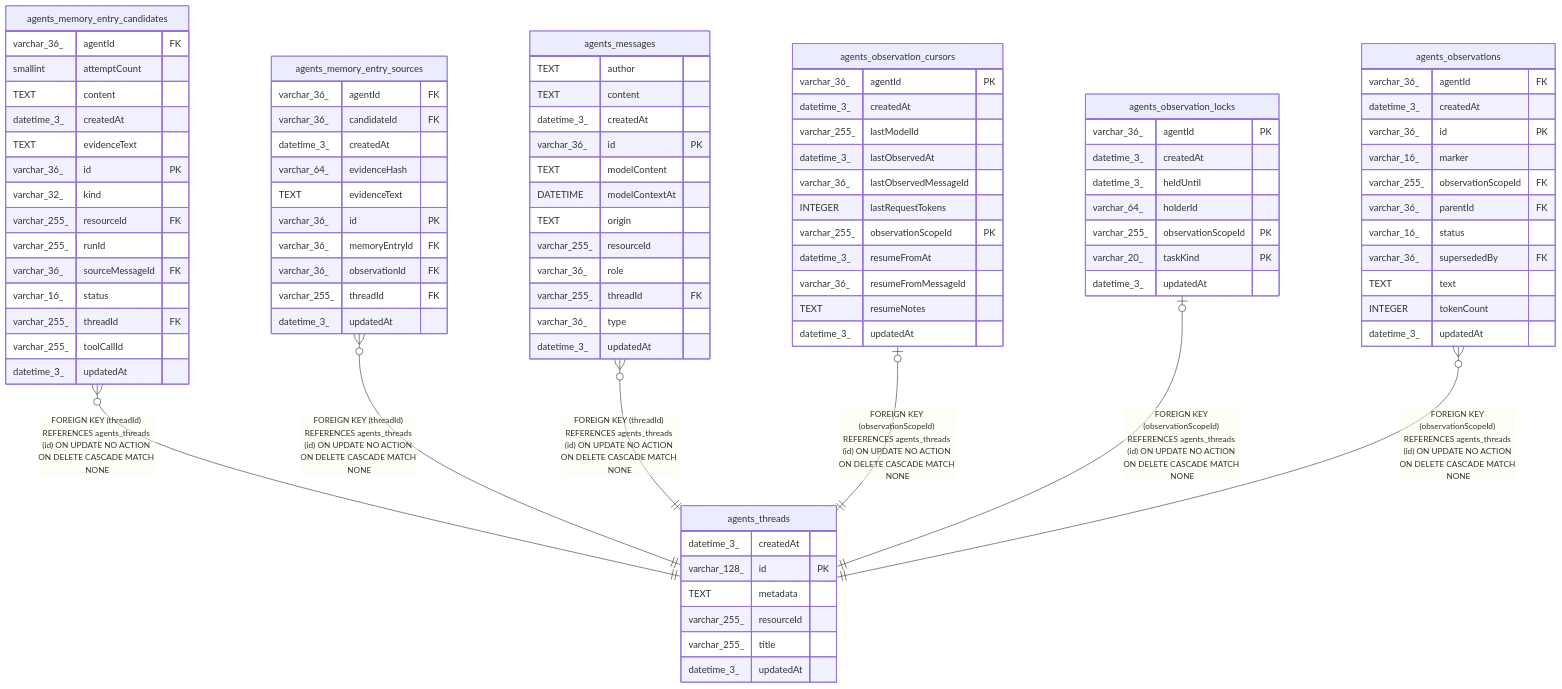
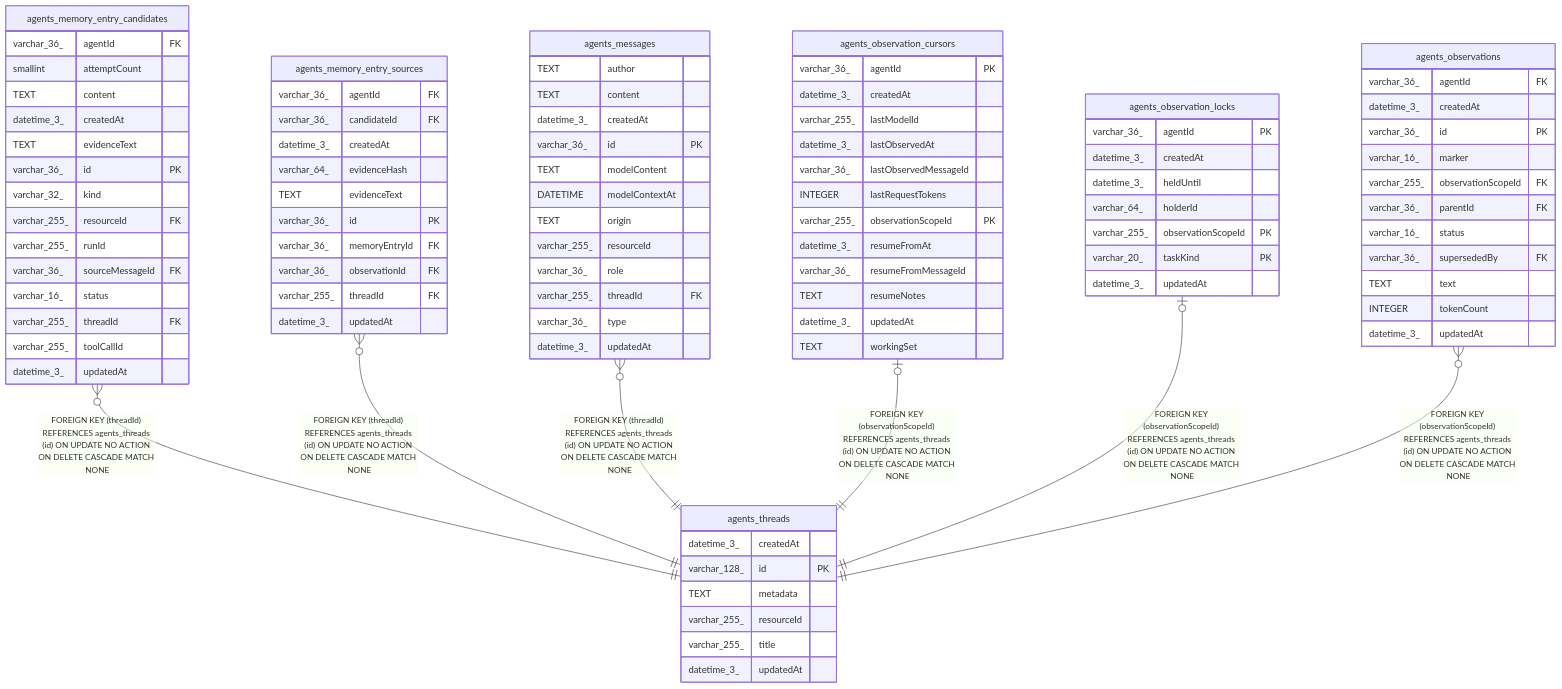
The diagram in n8n_integration/n8n_source/docs/generated/sqlite-schema/agents_threads.md (koreatest12/studys), drawn with Mermaid before and after one commit. The commit also changed 3763 other files, not shown here.

```diff
--- a/n8n_integration/n8n_source/docs/generated/sqlite-schema/agents_threads.md
+++ b/n8n_integration/n8n_source/docs/generated/sqlite-schema/agents_threads.md
@@ -110,6 +110,7 @@
   varchar_36_ resumeFromMessageId
   TEXT resumeNotes
   datetime_3_ updatedAt
+  TEXT workingSet
 }
 "agents_observation_locks" {
   varchar_36_ agentId PK
```
